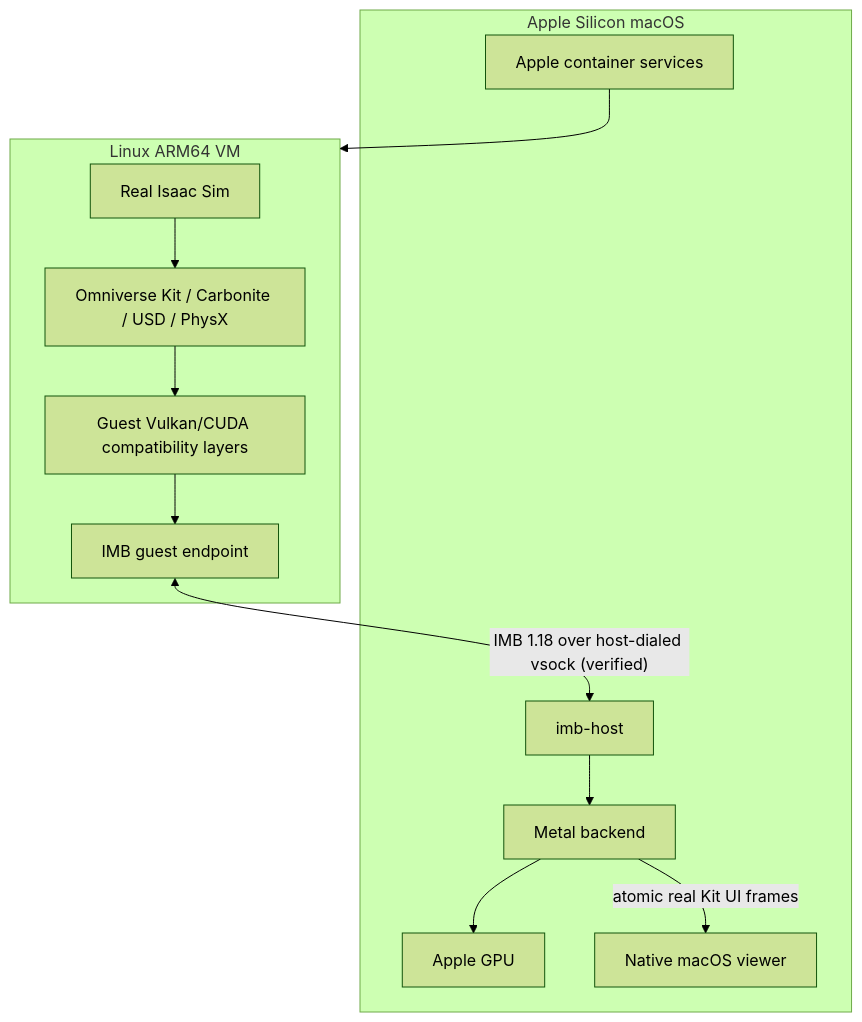
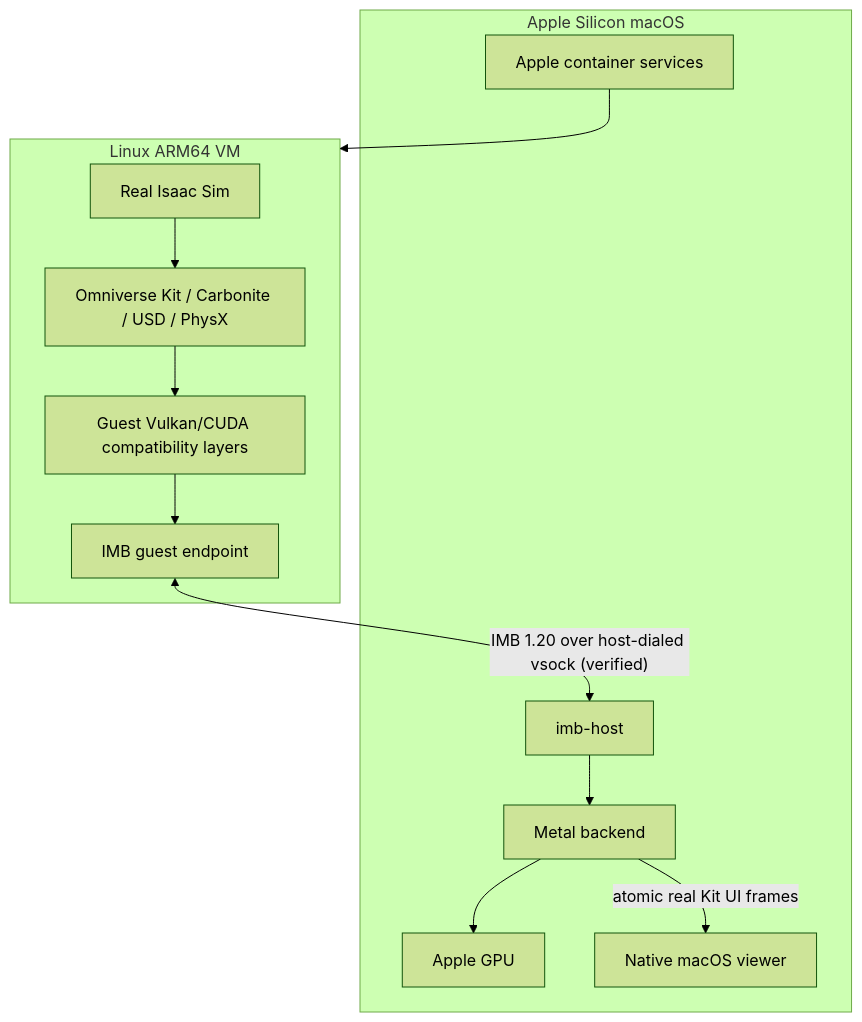
One commit to syun88/IsaacMetalBridge changed the first of 8 diagrams in docs/architecture.md. Above: the diagram before and after it, drawn with Mermaid (forest theme). The commit also changed other lines of this file and 18 other files, not shown here.

````diff
--- a/docs/architecture.md
+++ b/docs/architecture.md
@@ -10,21 +10,21 @@
 ```mermaid
 flowchart TB
   subgraph macOS["Apple Silicon macOS"]
     AC["Apple container services"]
     HB["imb-host"]
     MB["Metal backend"]
     GPU["Apple GPU"]
     VW["Native macOS viewer"]
   end
   subgraph VM["Linux ARM64 VM"]
     IS["Real Isaac Sim"]
     KIT["Omniverse Kit / Carbonite / USD / PhysX"]
     GC["Guest Vulkan/CUDA compatibility layers"]
     GP["IMB guest endpoint"]
   end
   IS --> KIT --> GC --> GP
   AC --> VM
-  GP <-->|"IMB 1.18 over host-dialed vsock (verified)"| HB
+  GP <-->|"IMB 1.20 over host-dialed vsock (verified)"| HB
   HB --> MB --> GPU
   MB -->|"atomic real Kit UI frames"| VW
 ```
````
